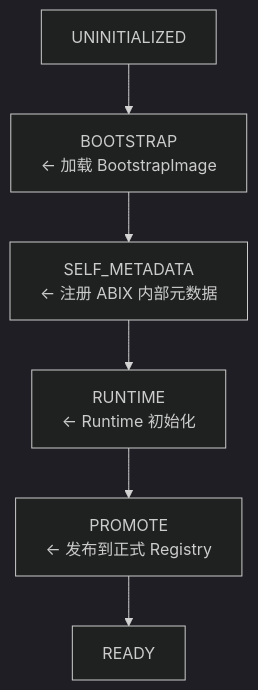
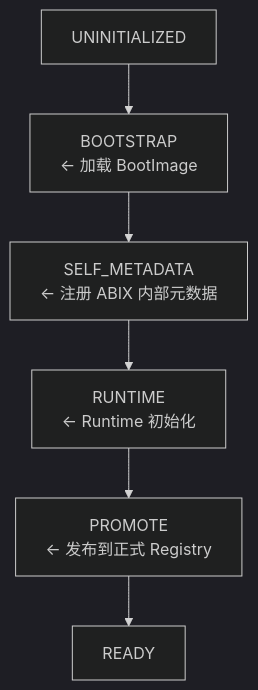
The eighth of 12 diagrams in docs/getting-started/bootstrap_zh.md (Sukanle/ABIX), drawn with Mermaid (dark theme) before and after one commit. The commit also changed other lines of this file and 262 other files, not shown here.

````diff
--- a/docs/getting-started/bootstrap_zh.md
+++ b/docs/getting-started/bootstrap_zh.md
@@ -339,8 +339,8 @@
 ```mermaid
 flowchart TD
-    UNINITIALIZED --> BOOTSTRAP["BOOTSTRAP<br/>← 加载 BootstrapImage"]
+    UNINITIALIZED --> BOOTSTRAP["BOOTSTRAP<br/>← 加载 BootImage"]
     BOOTSTRAP --> SELF_METADATA["SELF_METADATA<br/>← 注册 ABIX 内部元数据"]
     SELF_METADATA --> RUNTIME["RUNTIME<br/>← Runtime 初始化"]
     RUNTIME --> PROMOTE["PROMOTE<br/>← 发布到正式 Registry"]
     PROMOTE --> READY
 ```
````
